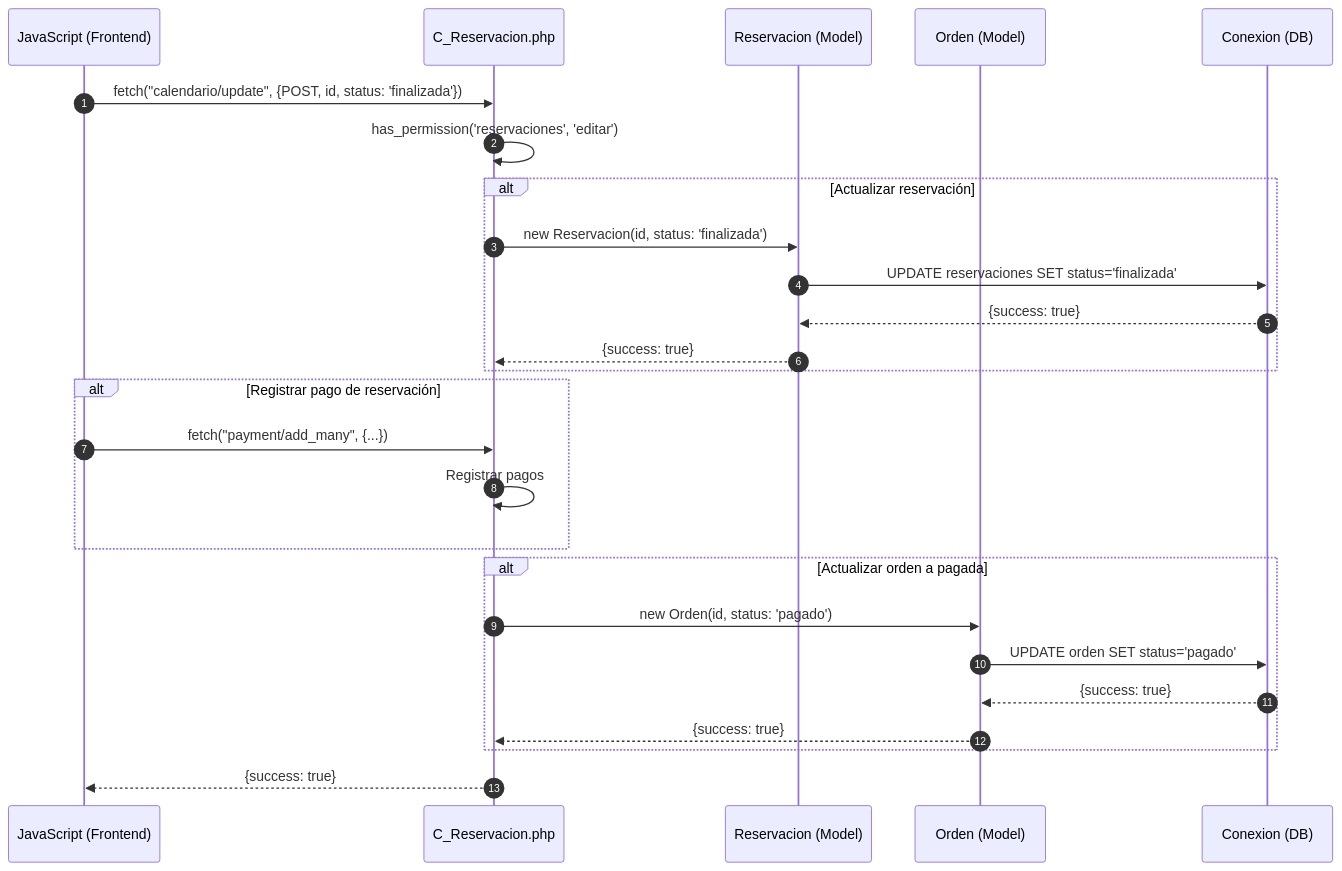
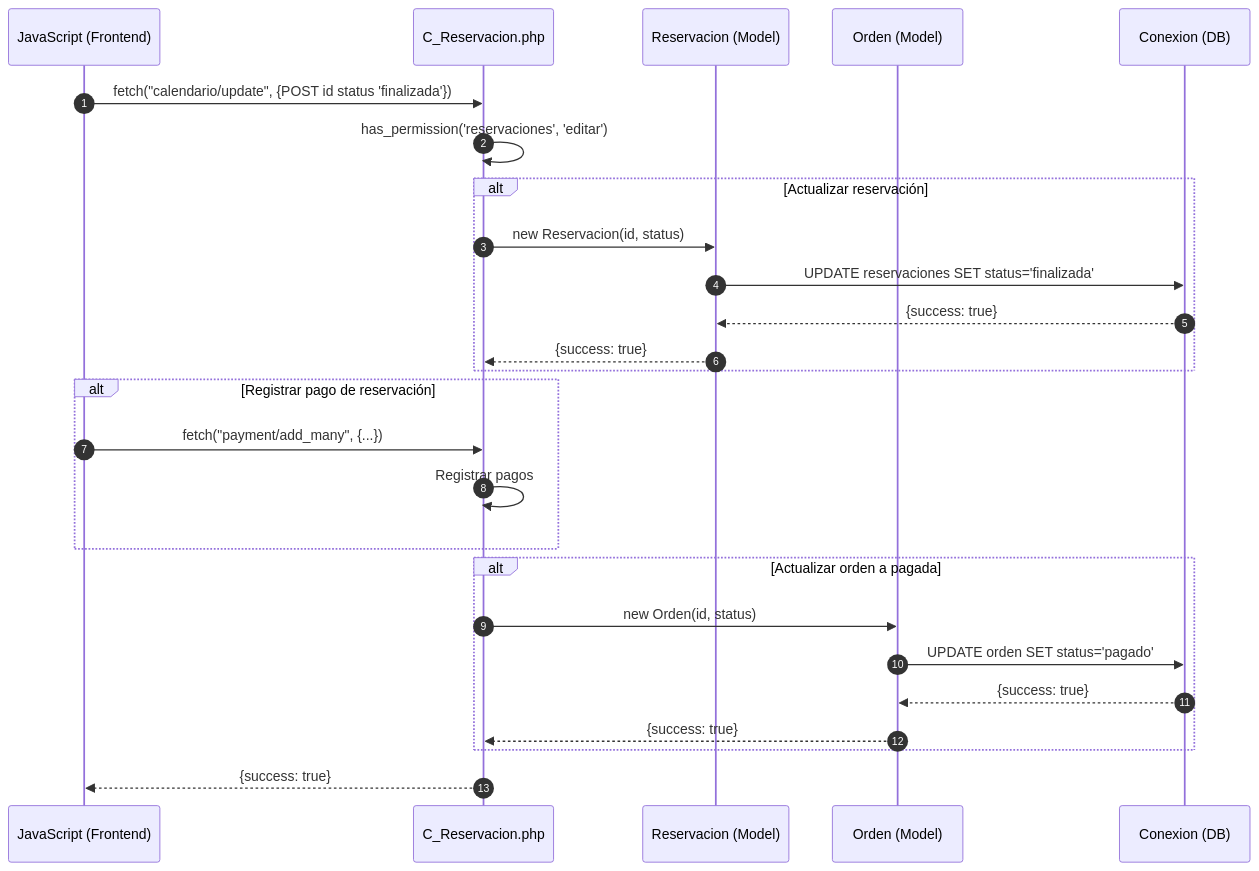
The third of 4 diagrams in docs/secuencia/reservaciones/reservaciones.md (Tecrato/BurgerHouse), drawn with Mermaid before and after one commit. The commit also changed other lines of this file and 13 other files, not shown here.

Commit message:
diagramas de secuencia

````diff
--- a/docs/secuencia/reservaciones/reservaciones.md
+++ b/docs/secuencia/reservaciones/reservaciones.md
@@ -74,34 +68,34 @@
 ```mermaid
 sequenceDiagram
     autonumber
     participant JS as JavaScript (Frontend)
     participant C_Reservacion as C_Reservacion.php
     participant Reservacion as Reservacion (Model)
     participant Orden as Orden (Model)
     participant DB as Conexion (DB)
     
-    JS->>C_Reservacion: fetch("calendario/update", {POST, id, status: 'finalizada'})
+    JS->>C_Reservacion: fetch("calendario/update", {POST id status 'finalizada'})
     
     C_Reservacion->>C_Reservacion: has_permission('reservaciones', 'editar')
     
     alt Actualizar reservación
-        C_Reservacion->>Reservacion: new Reservacion(id, status: 'finalizada')
+        C_Reservacion->>Reservacion: new Reservacion(id, status)
         Reservacion->>DB: UPDATE reservaciones SET status='finalizada'
         DB-->>Reservacion: {success: true}
         Reservacion-->>C_Reservacion: {success: true}
     end
     
     alt Registrar pago de reservación
         JS->>C_Reservacion: fetch("payment/add_many", {...})
         C_Reservacion->>C_Reservacion: Registrar pagos
     end
     
     alt Actualizar orden a pagada
-        C_Reservacion->>Orden: new Orden(id, status: 'pagado')
+        C_Reservacion->>Orden: new Orden(id, status)
         Orden->>DB: UPDATE orden SET status='pagado'
         DB-->>Orden: {success: true}
         Orden-->>C_Reservacion: {success: true}
     end
     
     C_Reservacion-->>JS: {success: true}
 ```
````
